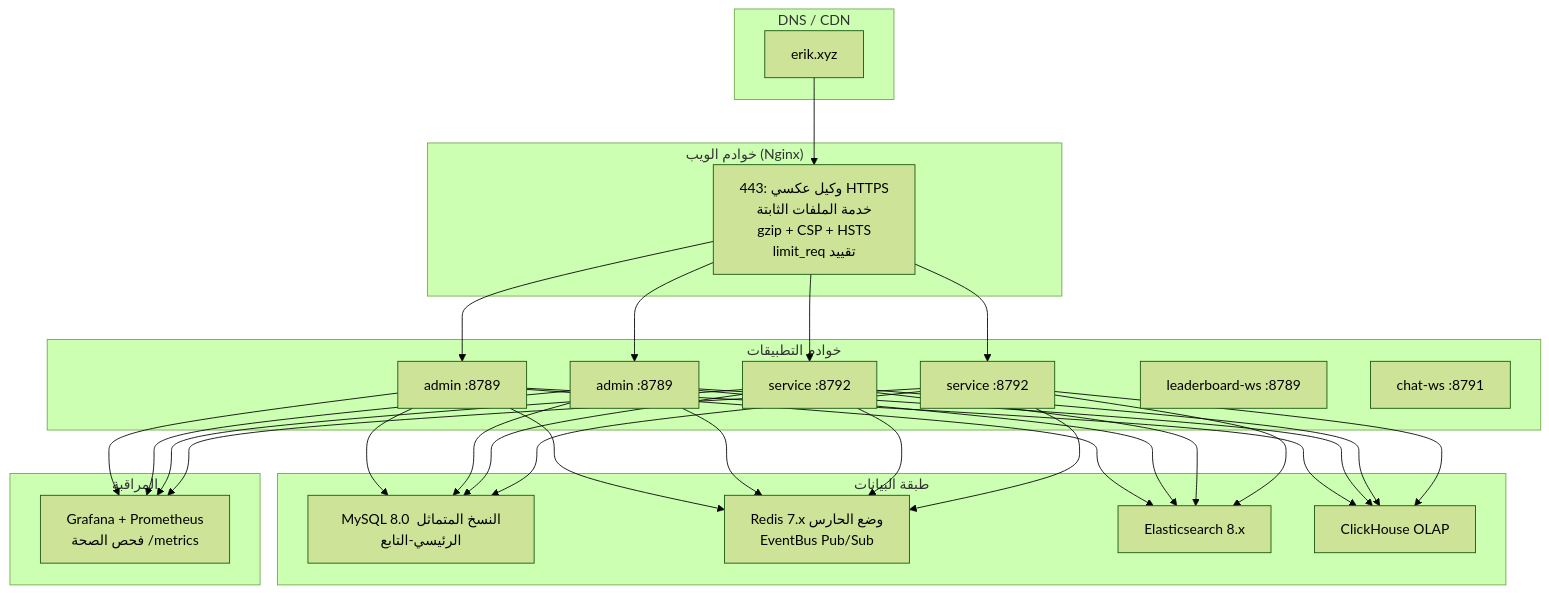
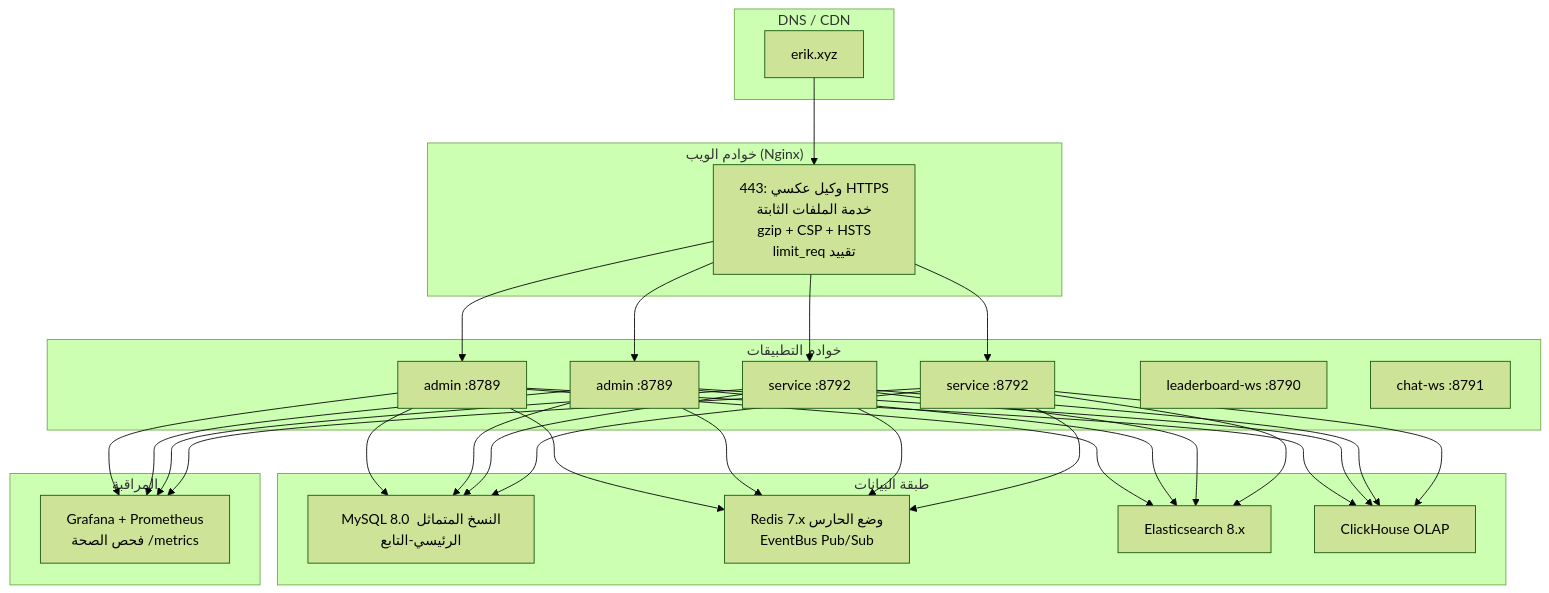
One commit to erikwang2013/game-platform-php changed the second of 2 diagrams in docs/ARCHITECTURE.ar.md. Above: the diagram before and after it, drawn with Mermaid (forest theme). The commit also changed other lines of this file and 132 other files, not shown here.

````diff
--- a/docs/ARCHITECTURE.ar.md
+++ b/docs/ARCHITECTURE.ar.md
@@ -336,35 +335,35 @@
 ```mermaid
 flowchart TB
     subgraph "DNS / CDN"
         DNS["erik.xyz"]
     end
 
     subgraph "خوادم الويب (Nginx)"
         NGX["وكيل عكسي :443 HTTPS<br/>خدمة الملفات الثابتة<br/>gzip + CSP + HSTS<br/>limit_req تقييد"]
     end
 
     subgraph "خوادم التطبيقات"
         ADM1["admin :8789"]
         ADM2["admin :8789"]
         SVC1["service :8792"]
         SVC2["service :8792"]
-        WS1["leaderboard-ws :8789"]
+        WS1["leaderboard-ws :8790"]
         WS2["chat-ws :8791"]
     end
 
     subgraph "طبقة البيانات"
         MYSQL["MySQL 8.0 النسخ المتماثل الرئيسي-التابع"]
         REDIS["Redis 7.x وضع الحارس<br/>EventBus Pub/Sub"]
         ES["Elasticsearch 8.x"]
         CH["ClickHouse OLAP"]
     end
 
     subgraph "المراقبة"
         MON["Grafana + Prometheus<br/>فحص الصحة /metrics"]
     end
 
     DNS --> NGX
     NGX --> ADM1 & ADM2 & SVC1 & SVC2
     ADM1 & ADM2 & SVC1 & SVC2 --> MYSQL & REDIS & ES & CH
     ADM1 & ADM2 & SVC1 & SVC2 --> MON
 ```
````
